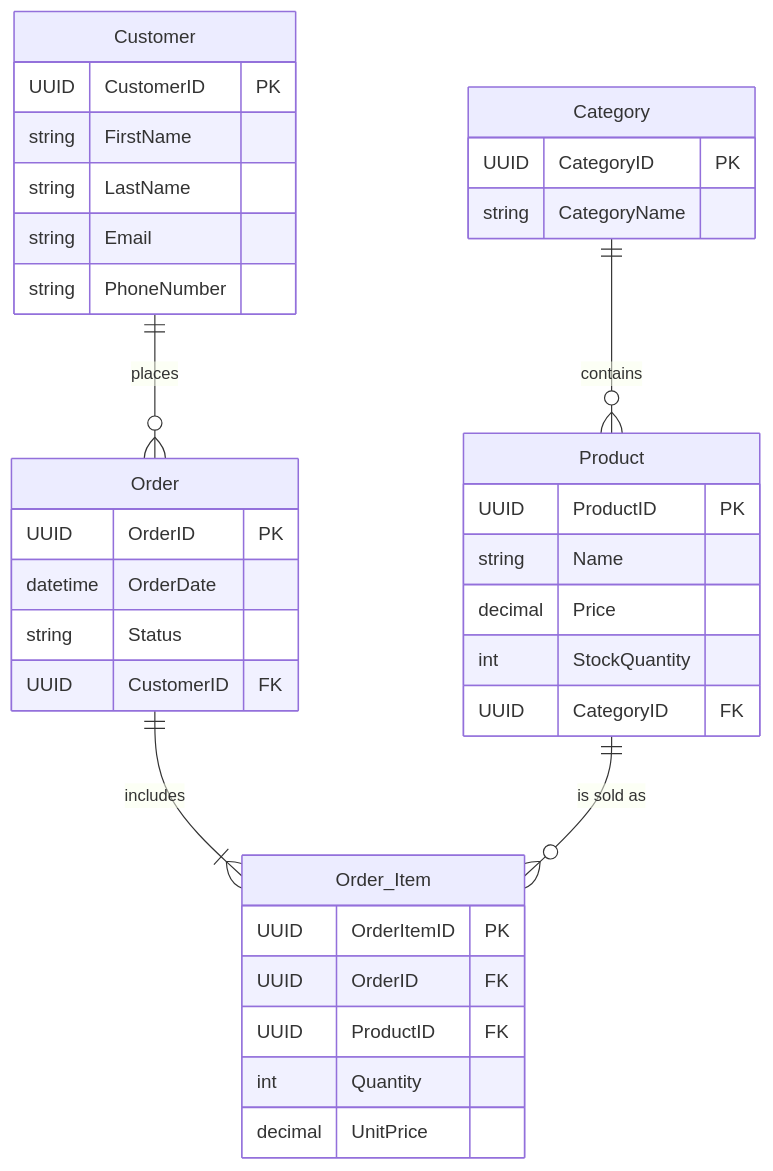
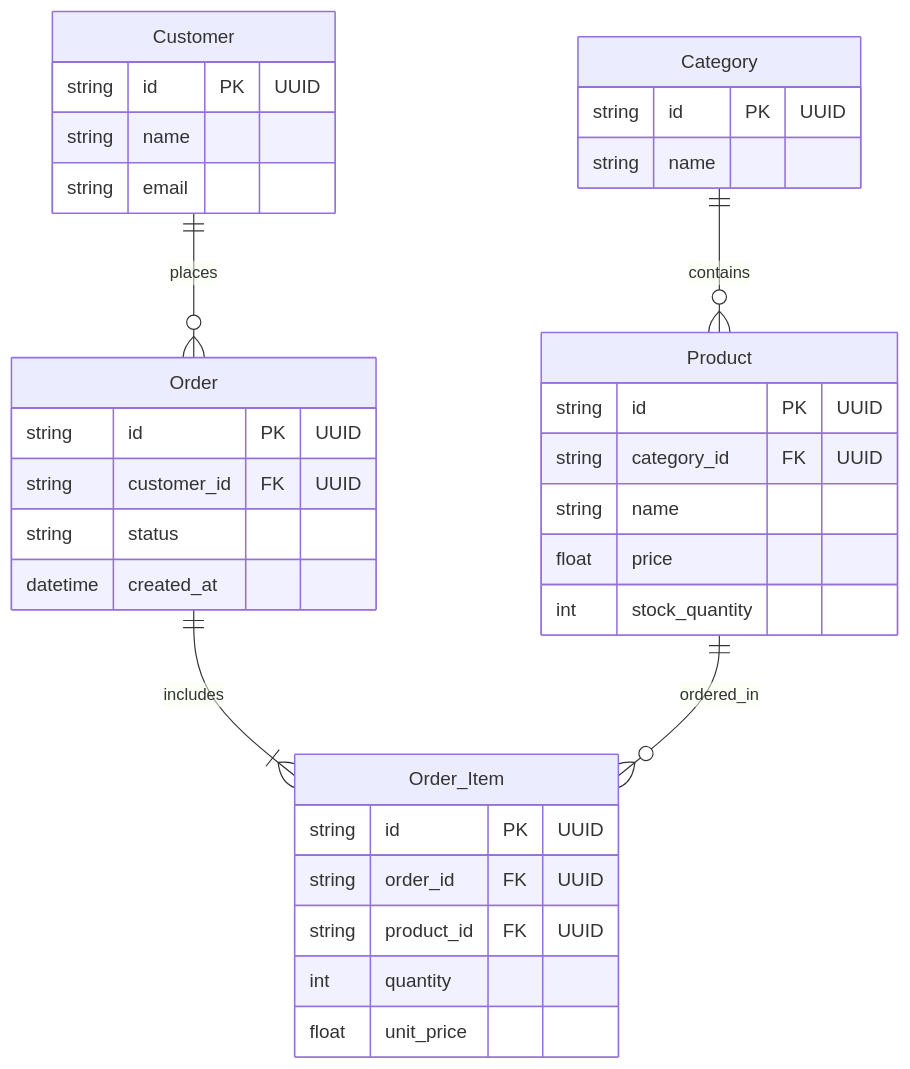
The diagram in model.mmd (S1lverFoot/kpilabs), drawn with Mermaid before and after one commit.

Commit message:
Revise ER diagram structure and field names
Updated entity definitions and relationships in the ER diagram for better clarity and consistency.

```diff
--- a/model.mmd
+++ b/model.mmd
@@ -1,37 +1,35 @@
 erDiagram
     Customer {
-        UUID CustomerID PK
-        string FirstName
-        string LastName
-        string Email
-        string PhoneNumber
+        string id PK "UUID"
+        string name
+        string email
     }
     Category {
-        UUID CategoryID PK
-        string CategoryName
+        string id PK "UUID"
+        string name
     }
     Product {
-        UUID ProductID PK
-        string Name
-        decimal Price
-        int StockQuantity
-        UUID CategoryID FK
+        string id PK "UUID"
+        string category_id FK "UUID"
+        string name
+        float price
+        int stock_quantity
     }
     Order {
-        UUID OrderID PK
-        datetime OrderDate
-        string Status
-        UUID CustomerID FK
+        string id PK "UUID"
+        string customer_id FK "UUID"
+        string status
+        datetime created_at
     }
     Order_Item {
-        UUID OrderItemID PK
-        UUID OrderID FK
-        UUID ProductID FK
-        int Quantity
-        decimal UnitPrice
+        string id PK "UUID"
+        string order_id FK "UUID"
+        string product_id FK "UUID"
+        int quantity
+        float unit_price
     }
 
-    Customer ||--o{ Order : "places"
-    Category ||--o{ Product : "contains"
-    Order ||--|{ Order_Item : "includes"
-    Product ||--o{ Order_Item : "is sold as"
+    Category ||--o{ Product : contains
+    Customer ||--o{ Order : places
+    Order ||--|{ Order_Item : includes
+    Product ||--o{ Order_Item : ordered_in
```
